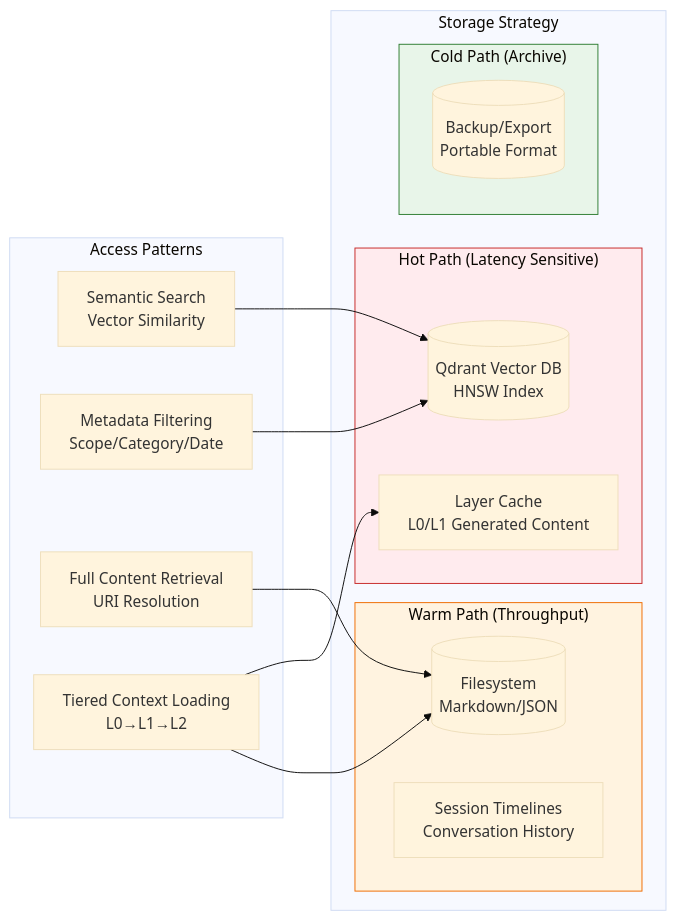
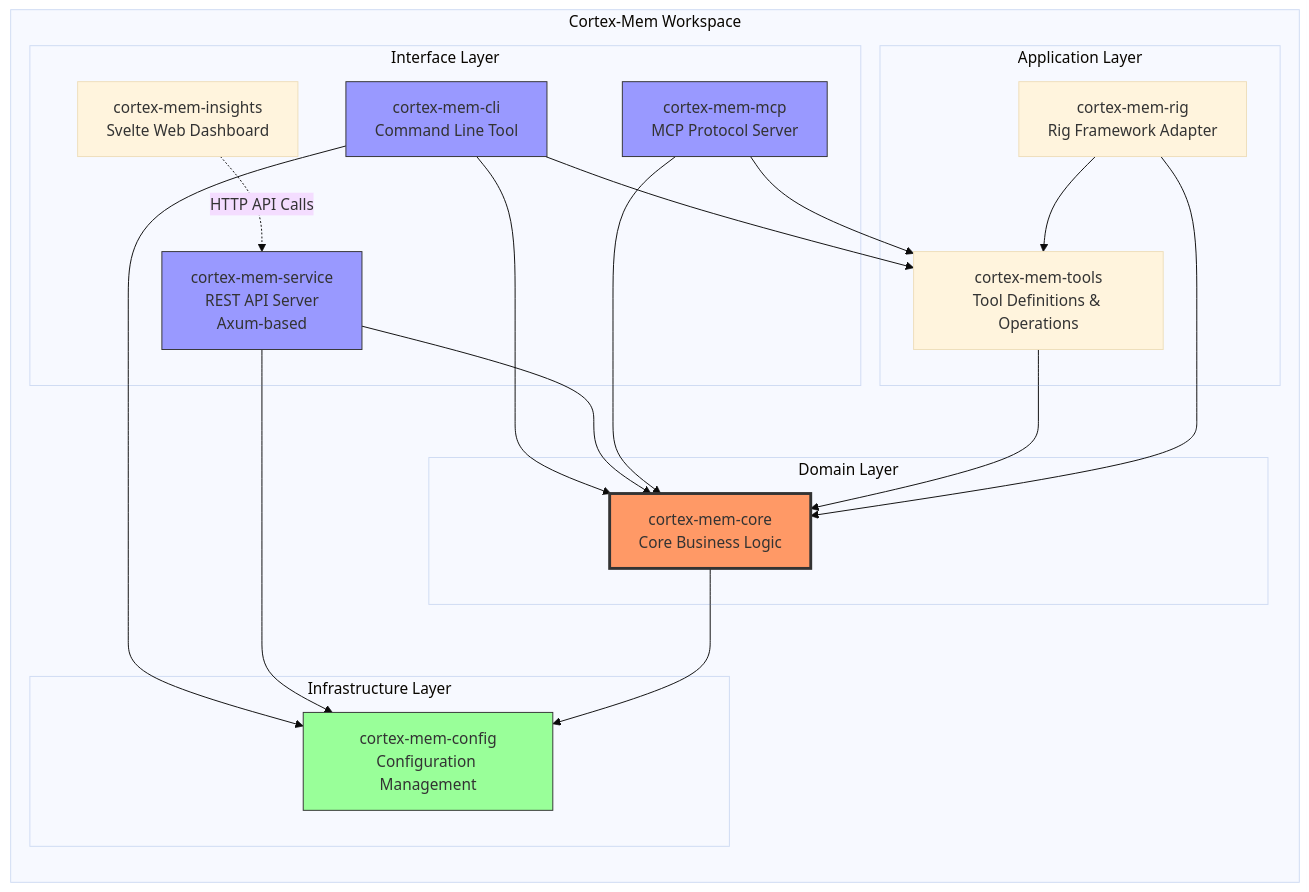
The fourth of 14 diagrams in litho.docs/en/2.Architecture.md (sopaco/cortex-mem), drawn with Mermaid (base theme) before and after one commit. The commit also changed other lines of this file and 45 other files, not shown here.

````diff
--- a/litho.docs/en/2.Architecture.md
+++ b/litho.docs/en/2.Architecture.md
@@ -299,35 +180,52 @@
 ```mermaid
-flowchart LR
-    subgraph Storage["Storage Strategy"]
-        subgraph Hot["Hot Path (Latency Sensitive)"]
-            VS[(Qdrant Vector DB<br/>HNSW Index)]
-            Cache[Layer Cache<br/>L0/L1 Generated Content]
+graph TD
+    subgraph Workspace["Cortex-Mem Workspace"]
+        direction TB
+        
+        subgraph InterfaceLayer["Interface Layer"]
+            CLI[cortex-mem-cli<br/>Command Line Tool]
+            SERVICE[cortex-mem-service<br/>REST API Server<br/>Axum-based]
+            MCP[cortex-mem-mcp<br/>MCP Protocol Server]
+            INSIGHTS[cortex-mem-insights<br/>Svelte Web Dashboard]
         end
         
-        subgraph Warm["Warm Path (Throughput)"]
-            FS[(Filesystem<br/>Markdown/JSON)]
-            Session[Session Timelines<br/>Conversation History]
+        subgraph ApplicationLayer["Application Layer"]
+            TOOLS[cortex-mem-tools<br/>Tool Definitions & Operations]
+            RIG[cortex-mem-rig<br/>Rig Framework Adapter]
         end
         
-        subgraph Cold["Cold Path (Archive)"]
-            Backup[(Backup/Export<br/>Portable Format)]
+        subgraph DomainLayer["Domain Layer"]
+            CORE[cortex-mem-core<br/>Core Business Logic]
+        end
+        
+        subgraph InfrastructureLayer["Infrastructure Layer"]
+            CONFIG[cortex-mem-config<br/>Configuration Management]
         end
     end
     
-    subgraph Access["Access Patterns"]
-        Vector[Semantic Search<br/>Vector Similarity]
-        Metadata[Metadata Filtering<br/>Scope/Category/Date]
-        Content[Full Content Retrieval<br/>URI Resolution]
-        Tiered[Tiered Context Loading<br/>L0→L1→L2]
-    end
+    %% Dependency directions - strict flow toward core
+    CLI --> TOOLS
+    CLI --> CORE
+    CLI --> CONFIG
     
-    Vector --> VS
-    Metadata --> VS
-    Content --> FS
-    Tiered --> Cache
-    Tiered --> FS
+    SERVICE --> CORE
+    SERVICE --> CONFIG
     
-    style Hot fill:#ffebee,stroke:#c62828
-    style Warm fill:#fff3e0,stroke:#ef6c00
-    style Cold fill:#e8f5e9,stroke:#2e7d32
+    MCP --> CORE
+    MCP --> TOOLS
+    
+    INSIGHTS -.->|HTTP API Calls| SERVICE
+    
+    TOOLS --> CORE
+    
+    RIG --> TOOLS
+    RIG --> CORE
+    
+    CORE --> CONFIG
+    
+    style CORE fill:#f96,stroke:#333,stroke-width:3px
+    style CONFIG fill:#9f9,stroke:#333
+    style CLI fill:#99f,stroke:#333
+    style SERVICE fill:#99f,stroke:#333
+    style MCP fill:#99f,stroke:#333
 ```
````
